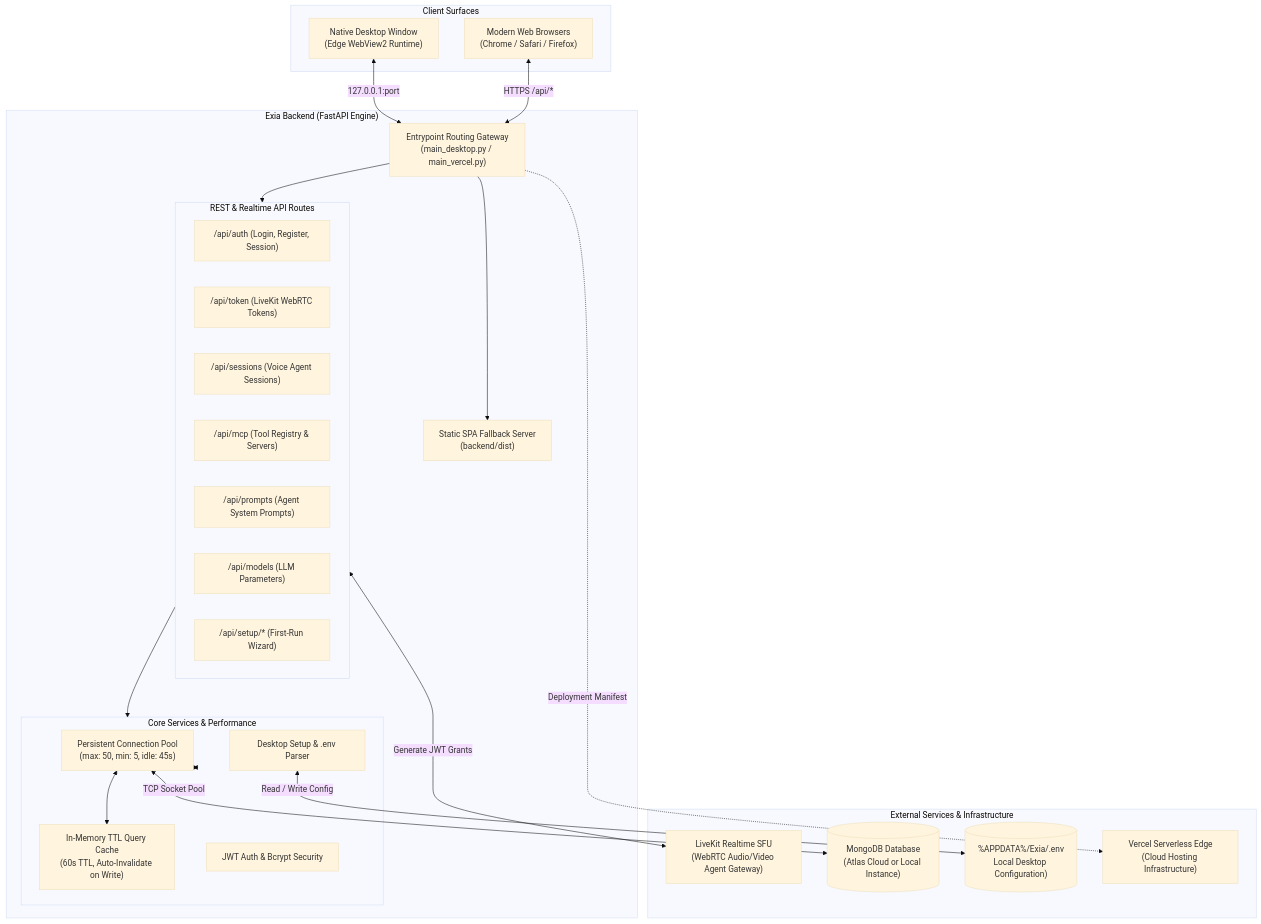
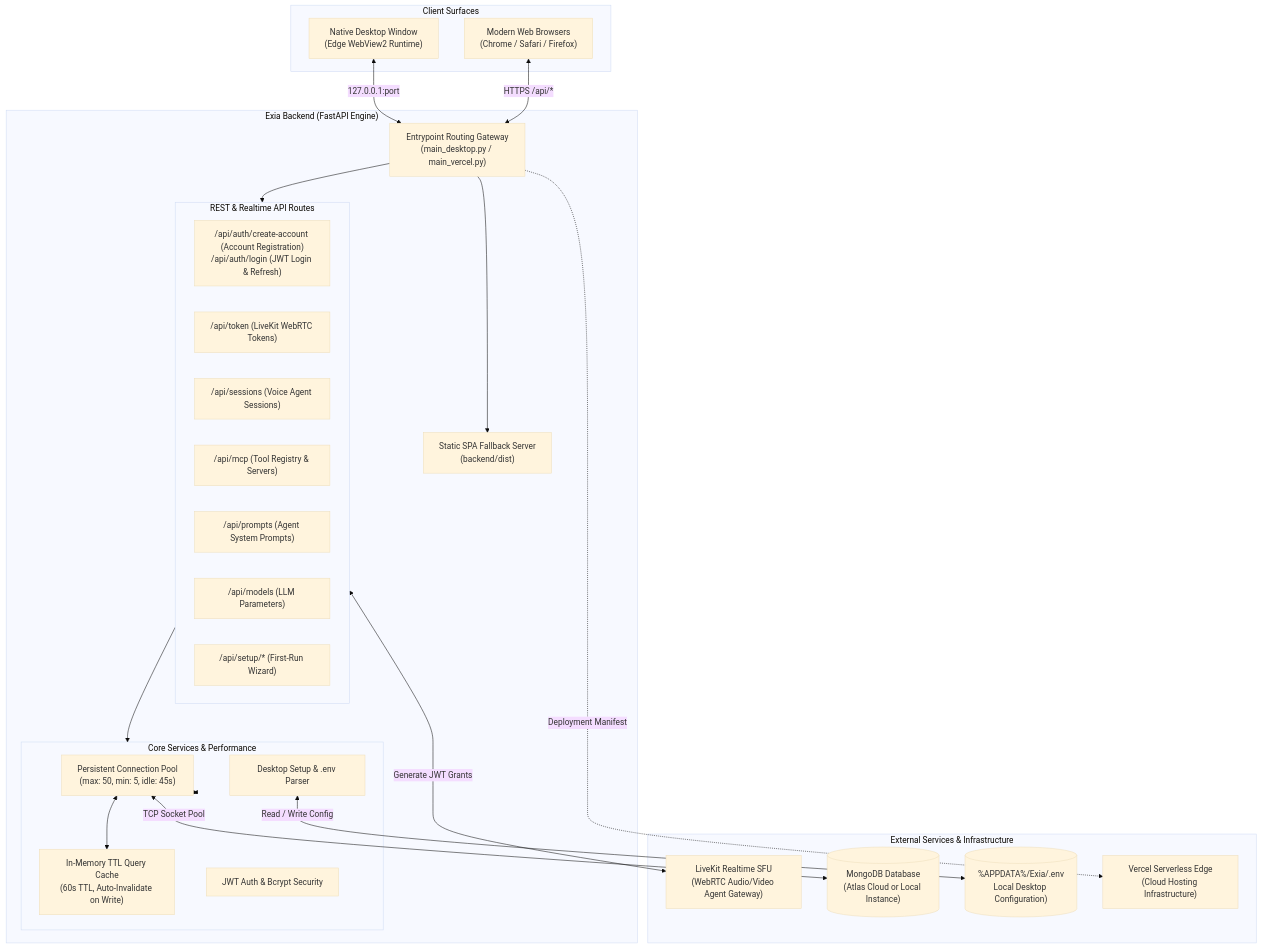
One commit to arpanchakraborty23/Exia changed the first of 3 diagrams in backend/README.md. Above: the diagram before and after it, drawn with Mermaid (base theme). The commit also changed other lines of this file and 4 other files, not shown here.

Commit message:
feat: add authentication routes, schemas, and backend configuration

````diff
--- a/backend/README.md
+++ b/backend/README.md
@@ -13,49 +13,49 @@
 ```mermaid
 flowchart TB
     subgraph Clients ["Client Surfaces"]
         DesktopWindow["Native Desktop Window<br/>(Edge WebView2 Runtime)"]
         WebBrowser["Modern Web Browsers<br/>(Chrome / Safari / Firefox)"]
     end
 
     subgraph BackendCore ["Exia Backend (FastAPI Engine)"]
         Gateway["Entrypoint Routing Gateway<br/>(main_desktop.py / main_vercel.py)"]
         
         subgraph APILayer ["REST & Realtime API Routes"]
-            AuthRoute["/api/auth (Login, Register, Session)"]
+            AuthRoute["/api/auth/create-account (Account Registration)<br/>/api/auth/login (JWT Login & Refresh)"]
             TokenRoute["/api/token (LiveKit WebRTC Tokens)"]
             SessionRoute["/api/sessions (Voice Agent Sessions)"]
             MCPRoute["/api/mcp (Tool Registry & Servers)"]
             PromptRoute["/api/prompts (Agent System Prompts)"]
             ModelRoute["/api/models (LLM Parameters)"]
             SetupRoute["/api/setup/* (First-Run Wizard)"]
         end
 
         subgraph ServiceLayer ["Core Services & Performance"]
             DBPool["Persistent Connection Pool<br/>(max: 50, min: 5, idle: 45s)"]
             QueryCache["In-Memory TTL Query Cache<br/>(60s TTL, Auto-Invalidate on Write)"]
             SecuritySvc["JWT Auth & Bcrypt Security"]
             BootstrapSvc["Desktop Setup & .env Parser"]
         end
 
         StaticServer["Static SPA Fallback Server<br/>(backend/dist)"]
     end
 
     subgraph ExternalEcosystem ["External Services & Infrastructure"]
         LiveKitSFU["LiveKit Realtime SFU<br/>(WebRTC Audio/Video Agent Gateway)"]
         MongoDBCluster[("MongoDB Database<br/>(Atlas Cloud or Local Instance)")]
         LocalFileSystem[("%APPDATA%/Exia/.env<br/>Local Desktop Configuration)")]
         VercelPlatform["Vercel Serverless Edge<br/>(Cloud Hosting Infrastructure)"]
     end
 
     DesktopWindow <-->|127.0.0.1:port| Gateway
     WebBrowser <-->|HTTPS /api/*| Gateway
     Gateway --> APILayer
     Gateway --> StaticServer
     APILayer --> ServiceLayer
     ServiceLayer <--> DBPool
     DBPool <--> QueryCache
     DBPool <-->|TCP Socket Pool| MongoDBCluster
     APILayer <-->|Generate JWT Grants| LiveKitSFU
     BootstrapSvc <-->|Read / Write Config| LocalFileSystem
     Gateway -.->|Deployment Manifest| VercelPlatform
 ```
````
